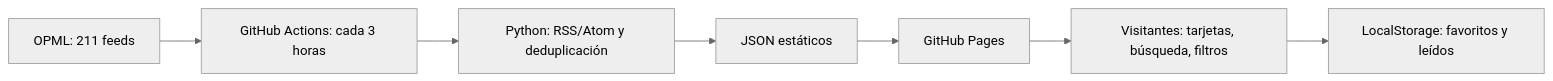
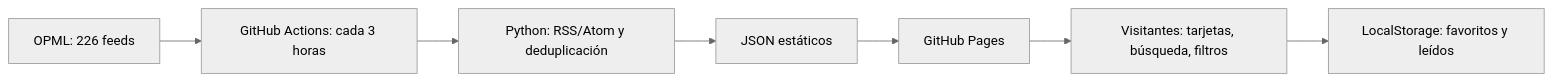
The diagram in README.md (medinacaj/notisonda), drawn with Mermaid (neutral theme) before and after one commit. The commit also changed other lines of this file and 26 other files, not shown here.

````diff
--- a/README.md
+++ b/README.md
@@ -9,9 +9,9 @@
 ```mermaid
 flowchart LR
-  A[OPML: 211 feeds] --> B[GitHub Actions: cada 3 horas]
+  A[OPML: 226 feeds] --> B[GitHub Actions: cada 3 horas]
   B --> C[Python: RSS/Atom y deduplicación]
   C --> D[JSON estáticos]
   D --> E[GitHub Pages]
   E --> F[Visitantes: tarjetas, búsqueda, filtros]
   F --> G[LocalStorage: favoritos y leídos]
 ```
````
